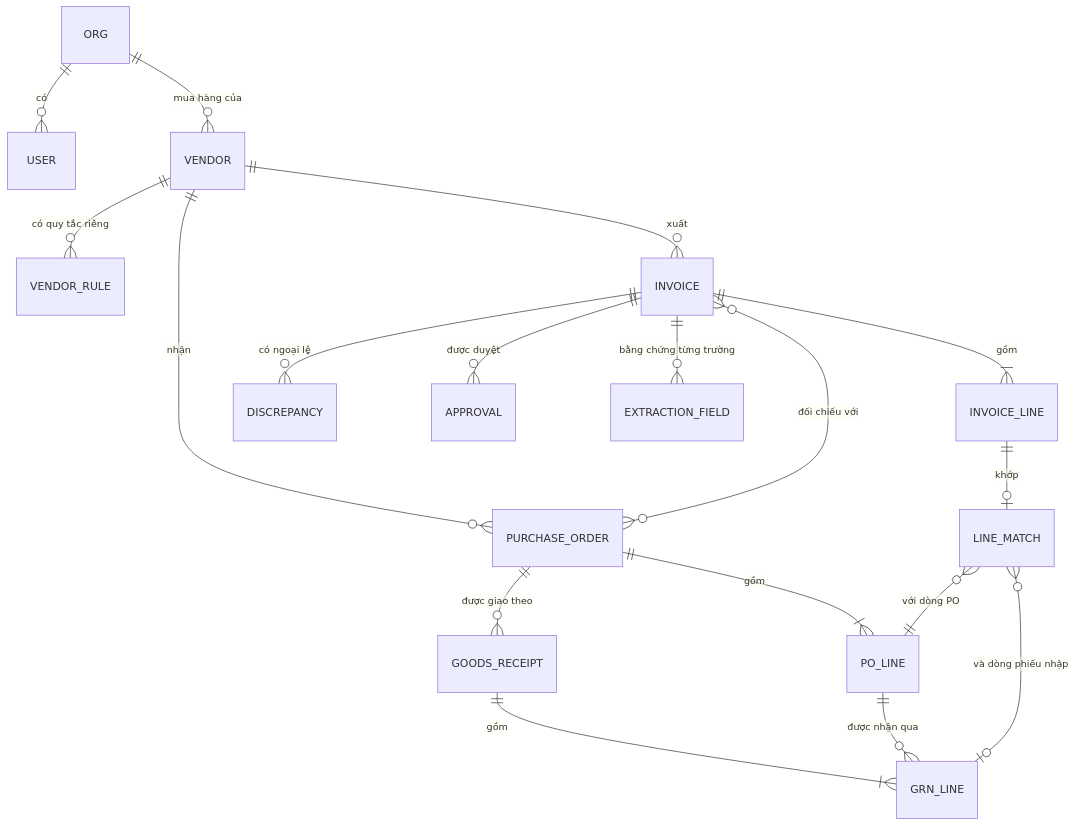
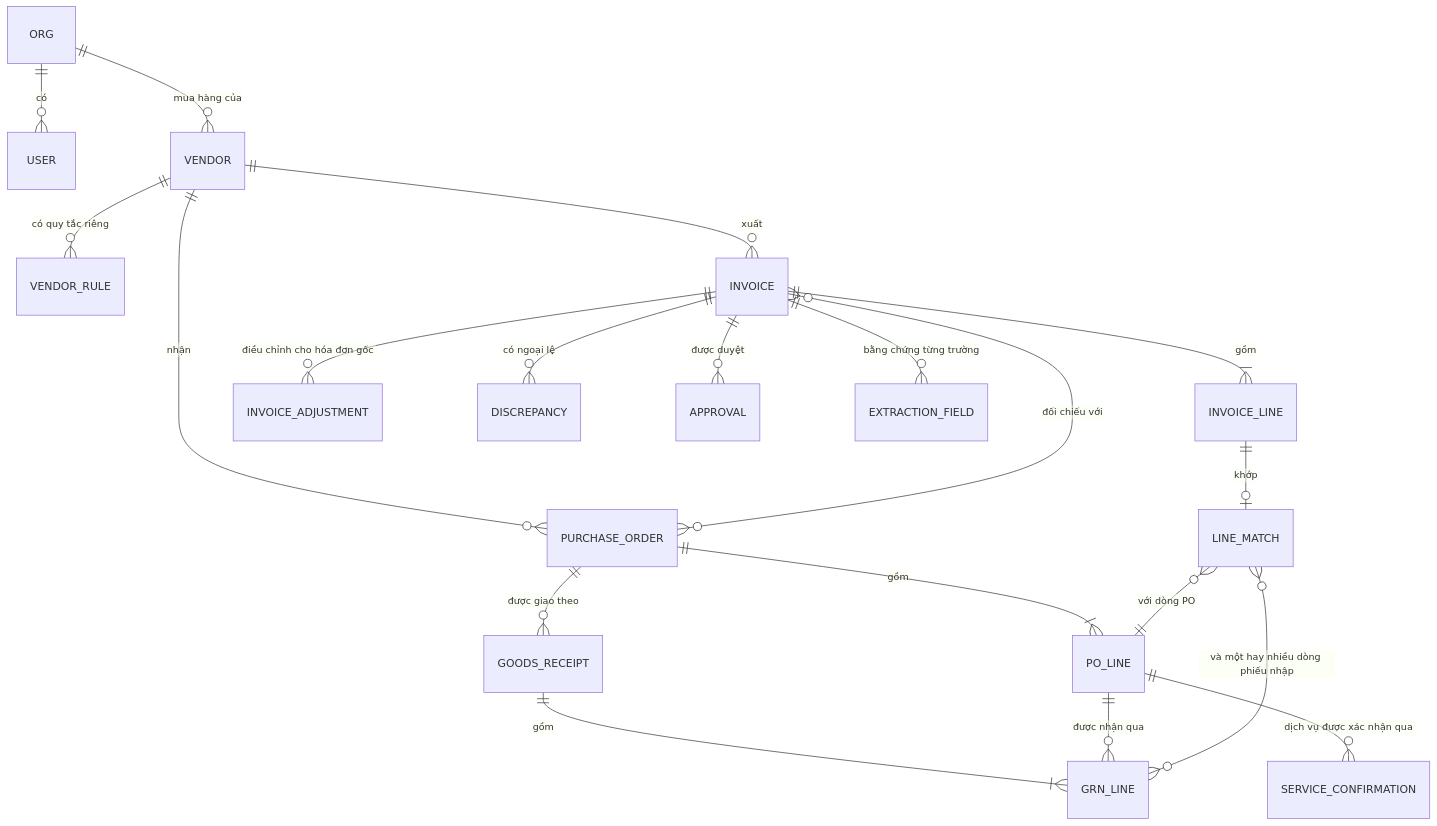
The second of 2 diagrams in docs/PRD.md (kamitoznguyen-collab/Fantastic4-BuildPhase), drawn with Mermaid before and after one commit. The commit also changed other lines of this file and 2 other files, not shown here.

First line of the commit message:
docs: settle open invoice questions with market practice and the law

````diff
--- a/docs/PRD.md
+++ b/docs/PRD.md
@@ -470,20 +485,22 @@
 ```mermaid
 erDiagram
     ORG ||--o{ USER : "có"
     ORG ||--o{ VENDOR : "mua hàng của"
     VENDOR ||--o{ VENDOR_RULE : "có quy tắc riêng"
     VENDOR ||--o{ PURCHASE_ORDER : "nhận"
     PURCHASE_ORDER ||--|{ PO_LINE : "gồm"
     PURCHASE_ORDER ||--o{ GOODS_RECEIPT : "được giao theo"
     GOODS_RECEIPT ||--|{ GRN_LINE : "gồm"
     PO_LINE ||--o{ GRN_LINE : "được nhận qua"
     VENDOR ||--o{ INVOICE : "xuất"
     INVOICE ||--|{ INVOICE_LINE : "gồm"
     INVOICE }o--o{ PURCHASE_ORDER : "đối chiếu với"
     INVOICE_LINE ||--o| LINE_MATCH : "khớp"
     LINE_MATCH }o--|| PO_LINE : "với dòng PO"
-    LINE_MATCH }o--o| GRN_LINE : "và dòng phiếu nhập"
+    LINE_MATCH }o--o{ GRN_LINE : "và một hay nhiều dòng phiếu nhập"
+    PO_LINE ||--o{ SERVICE_CONFIRMATION : "dịch vụ được xác nhận qua"
+    INVOICE ||--o{ INVOICE_ADJUSTMENT : "điều chỉnh cho hóa đơn gốc"
     INVOICE ||--o{ DISCREPANCY : "có ngoại lệ"
     INVOICE ||--o{ APPROVAL : "được duyệt"
     INVOICE ||--o{ EXTRACTION_FIELD : "bằng chứng từng trường"
 ```
````
